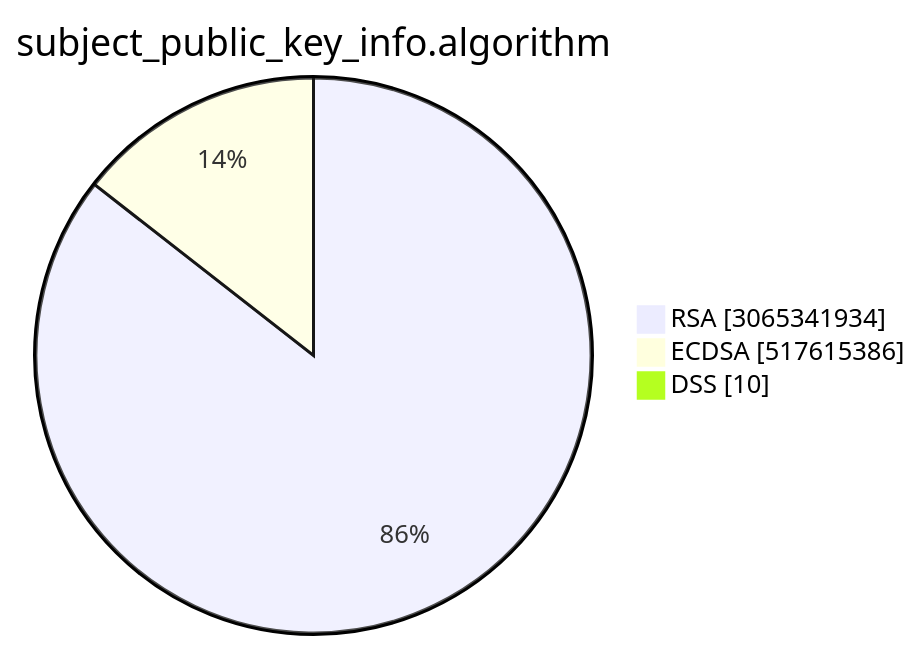
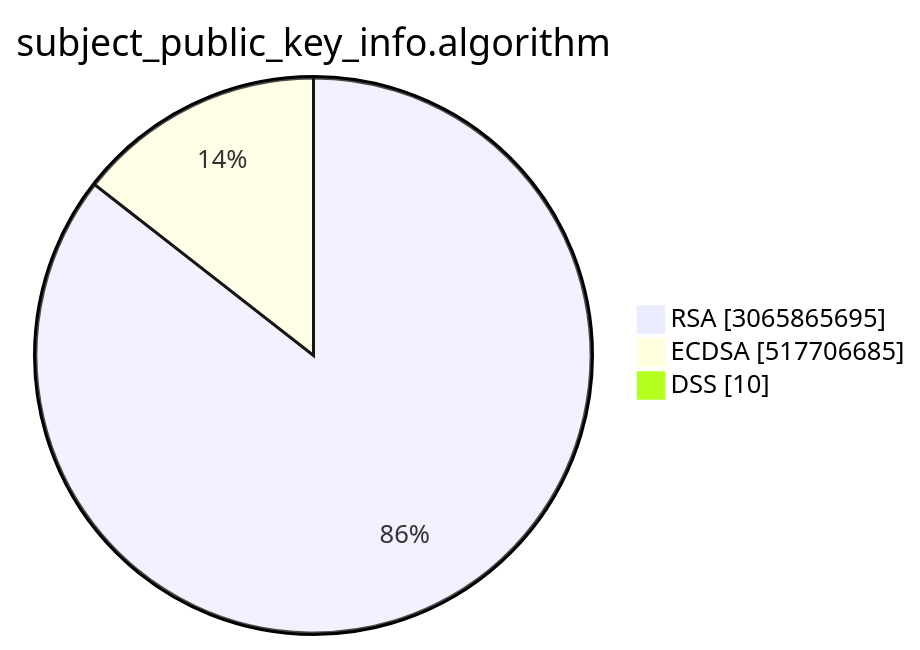
One commit to christiankrug/ctmonitor_visualization changed the second of 15 diagrams in TOTAL/README.md. Above: the diagram before and after it, drawn with Mermaid. The commit also changed other lines of this file, not shown here.

````diff
--- a/TOTAL/README.md
+++ b/TOTAL/README.md
@@ -6,7 +6,7 @@
 ```mermaid
 pie showData
 title subject_public_key_info.algorithm
-"RSA" :3065341934
-"ECDSA" :517615386
+"RSA" :3065865695
+"ECDSA" :517706685
 "DSS" :10
 ```
````
